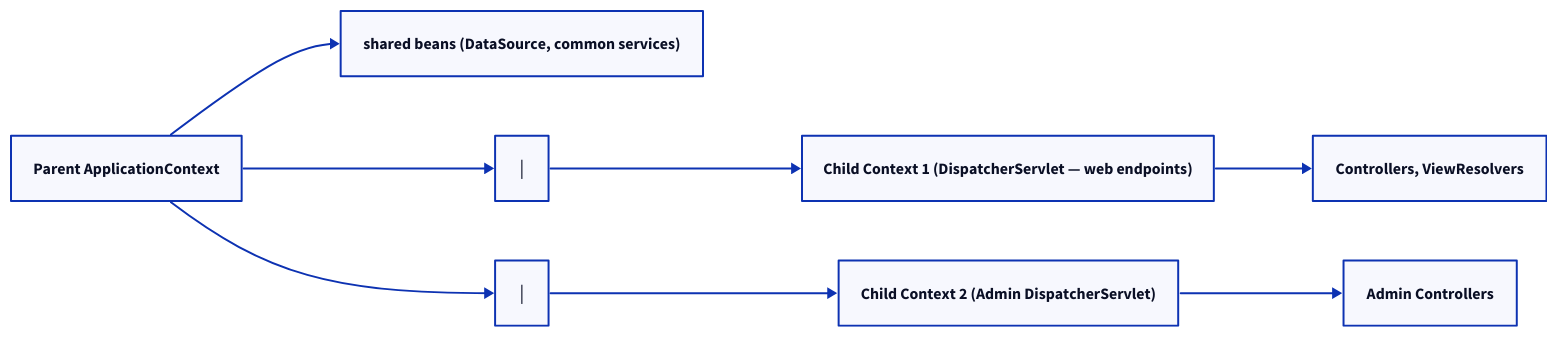
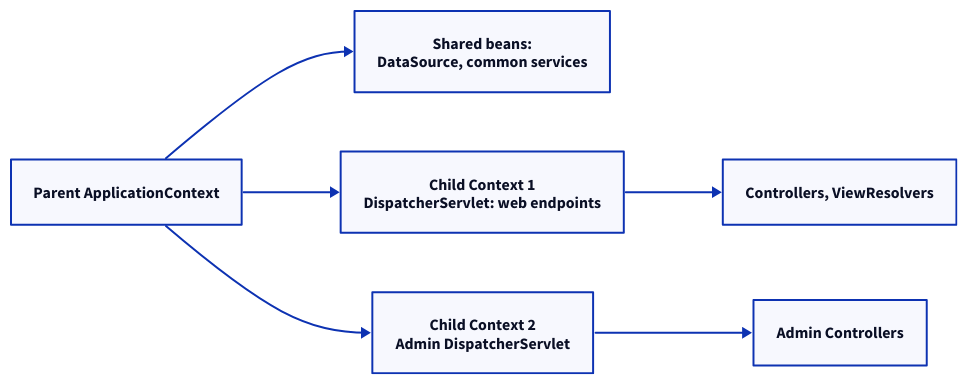
Before and after one commit to vanhiep99w/java-learn: the tenth of 10 diagrams in content/docs/spring/spring-ioc-container.md, drawn with D2. The commit also changed other lines of this file and 62 other files, not shown here.

Commit message:
feat(docs): upgrade docs-kit and optimize diagram layouts

````diff
--- a/content/docs/spring/spring-ioc-container.md
+++ b/content/docs/spring/spring-ioc-container.md
@@ -1100,18 +1128,14 @@
 ```d2 title="13.1. Khi nào dùng"
 direction: right
-t0: "Parent ApplicationContext"
-t1: "shared beans (DataSource, common services)"
-t0 -> t1
-t2: "│"
-t0 -> t2
-t3: "Child Context 1 (DispatcherServlet — web endpoints)"
-t2 -> t3
-t4: "Controllers, ViewResolvers"
-t3 -> t4
-t5: "│"
-t0 -> t5
-t6: "Child Context 2 (Admin DispatcherServlet)"
-t5 -> t6
-t7: "Admin Controllers"
-t6 -> t7
+parent: "Parent ApplicationContext"
+shared: "Shared beans:\nDataSource, common services"
+web: "Child Context 1\nDispatcherServlet: web endpoints"
+webBeans: "Controllers, ViewResolvers"
+admin: "Child Context 2\nAdmin DispatcherServlet"
+adminBeans: "Admin Controllers"
+parent -> shared
+parent -> web
+parent -> admin
+web -> webBeans
+admin -> adminBeans
 ```
````
